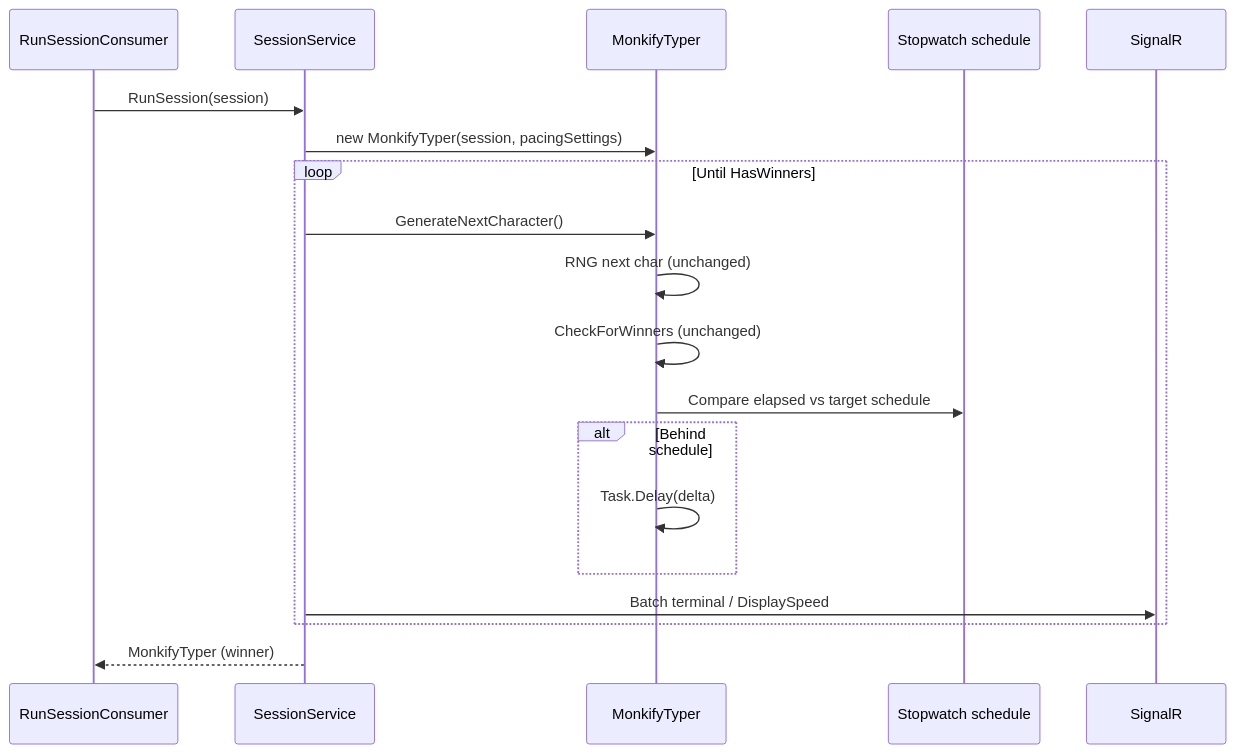
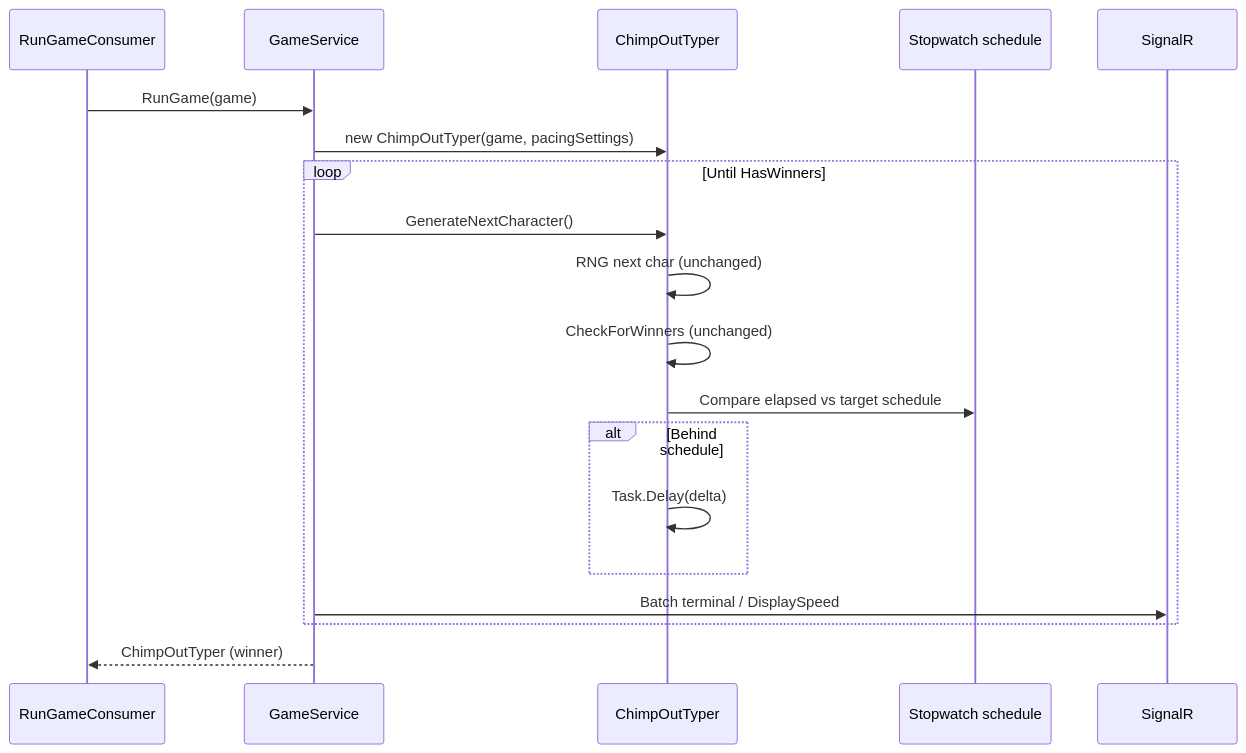
The diagram in specs/typer-pacing-scalability.md (marcusruas/monkify-meta), drawn with Mermaid before and after one commit. The commit also changed other lines of this file and 57 other files, not shown here.

First line of the commit message:
Rebrand: Monkify->ChimpOut, Session->Game in KB prose (monkify-meta)

````diff
--- a/specs/typer-pacing-scalability.md
+++ b/specs/typer-pacing-scalability.md
@@ -249,22 +249,22 @@
 ```mermaid
 sequenceDiagram
-    participant RS as RunSessionConsumer
-    participant SS as SessionService
-    participant MT as MonkifyTyper
+    participant RS as RunGameConsumer
+    participant SS as GameService
+    participant MT as ChimpOutTyper
     participant SW as Stopwatch schedule
     participant Hub as SignalR
 
-    RS->>SS: RunSession(session)
-    SS->>MT: new MonkifyTyper(session, pacingSettings)
+    RS->>SS: RunGame(game)
+    SS->>MT: new ChimpOutTyper(game, pacingSettings)
     loop Until HasWinners
         SS->>MT: GenerateNextCharacter()
         MT->>MT: RNG next char (unchanged)
         MT->>MT: CheckForWinners (unchanged)
         MT->>SW: Compare elapsed vs target schedule
         alt Behind schedule
             MT->>MT: Task.Delay(delta)
         end
         SS->>Hub: Batch terminal / DisplaySpeed
     end
-    SS-->>RS: MonkifyTyper (winner)
+    SS-->>RS: ChimpOutTyper (winner)
 ```
````
